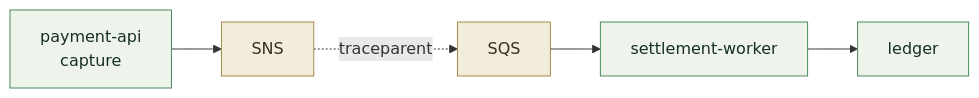
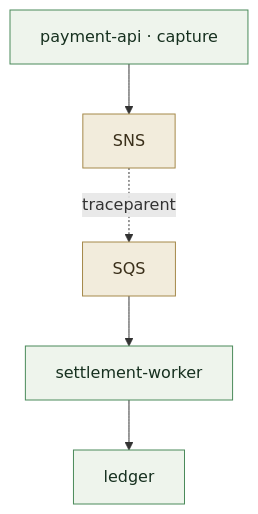
One commit to marciomarinho/paylane changed the second of 2 diagrams in README.md. Above: the diagram before and after it, drawn with Mermaid.

Commit message:
docs: lay the trace diagram top-down so controls don't clip a node
A horizontal chain puts the last node under GitHub's Mermaid zoom
controls (top-right). Vertical layout keeps that corner empty.

````diff
--- a/README.md
+++ b/README.md
@@ -193,9 +193,9 @@
 ```mermaid
-flowchart LR
-    cap["payment-api<br/>capture"]:::svc --> sns["SNS"]:::infra
+flowchart TB
+    cap["payment-api · capture"]:::svc --> sns["SNS"]:::infra
     sns -. "traceparent" .-> sqs["SQS"]:::infra
     sqs --> sw["settlement-worker"]:::svc --> lg["ledger"]:::svc
 
     classDef svc fill:#eef4ec,stroke:#4a8a5a,color:#16301f;
     classDef infra fill:#f2ecdc,stroke:#a5894a,color:#3a2f1a;
 ```
````
